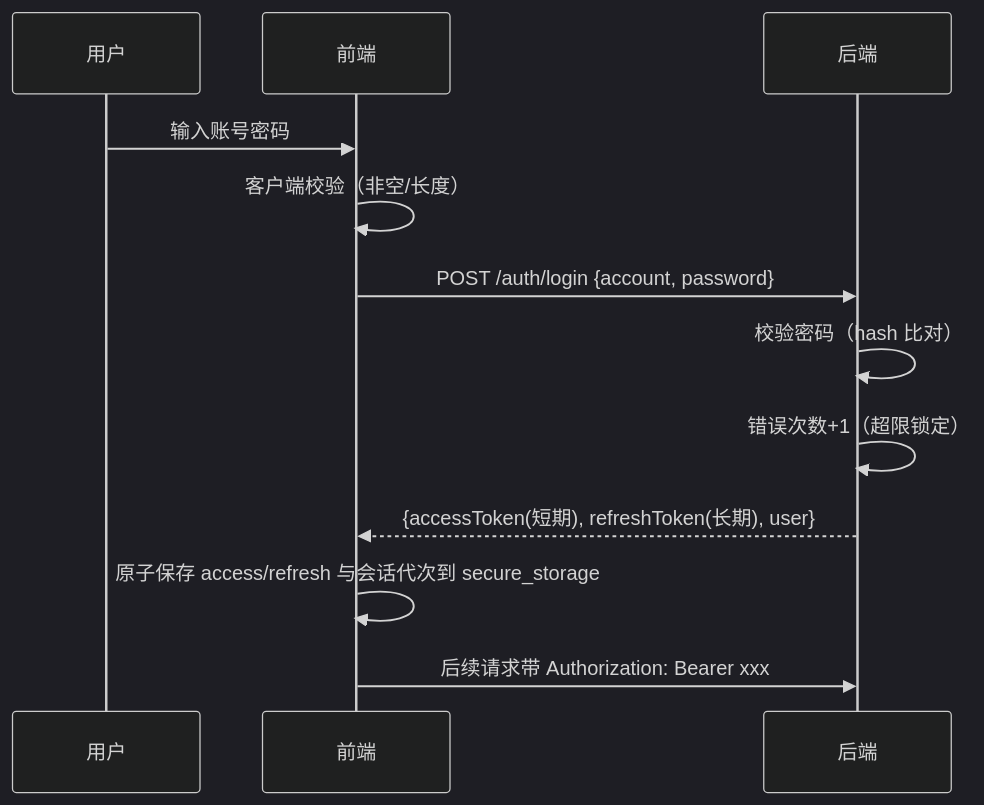
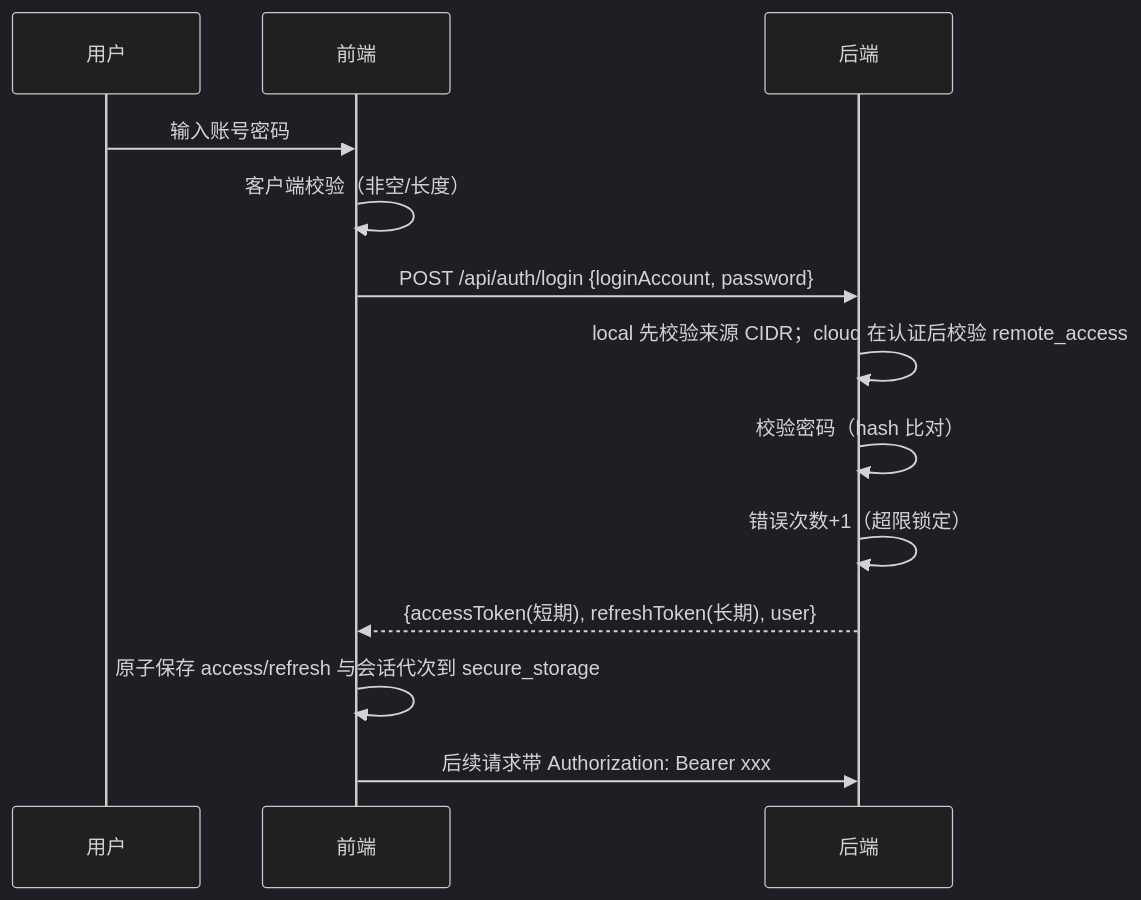
Before and after one commit to BruceChu0424/utenelec_imp: the diagram in docs/05-架构/安全策略.md, drawn with Mermaid (dark theme). The commit also changed other lines of this file and 165 other files, not shown here.

````diff
--- a/docs/05-架构/安全策略.md
+++ b/docs/05-架构/安全策略.md
@@ -40,15 +40,16 @@
 ```mermaid
 sequenceDiagram
     participant U as 用户
     participant F as 前端
     participant B as 后端
 
     U->>F: 输入账号密码
     F->>F: 客户端校验（非空/长度）
-    F->>B: POST /auth/login {account, password}
+    F->>B: POST /api/auth/login {loginAccount, password}
+    B->>B: local 先校验来源 CIDR；cloud 在认证后校验 remote_access
     B->>B: 校验密码（hash 比对）
     B->>B: 错误次数+1（超限锁定）
     B-->>F: {accessToken(短期), refreshToken(长期), user}
     F->>F: 原子保存 access/refresh 与会话代次到 secure_storage
     F->>B: 后续请求带 Authorization: Bearer xxx
 ```
````
